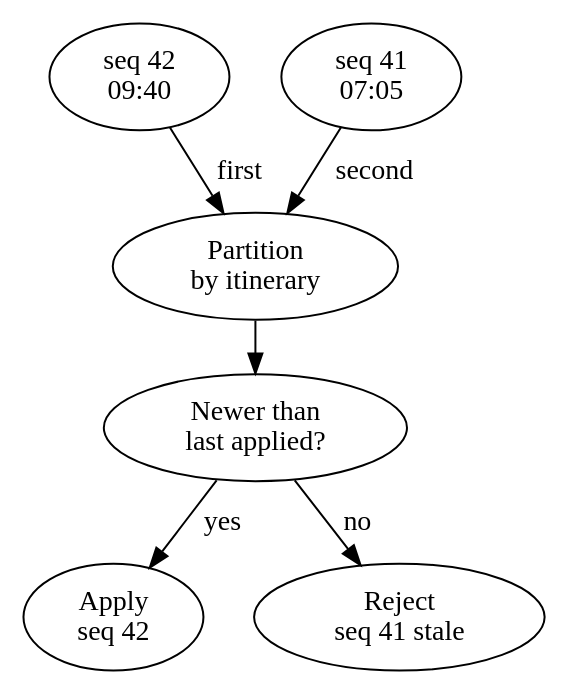
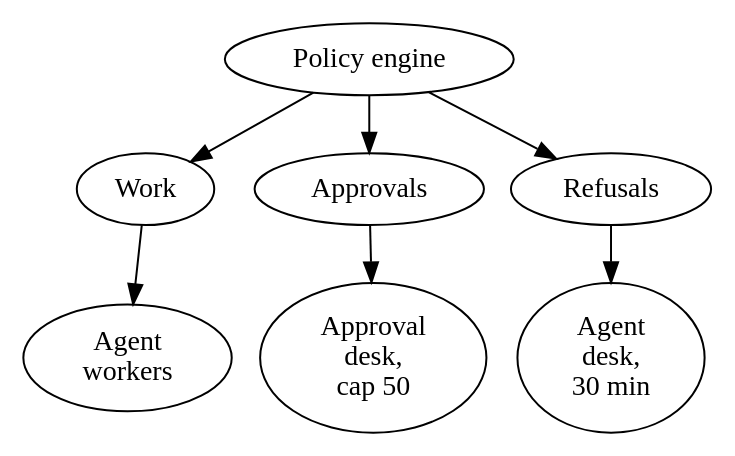
One commit to rajesh1008/system-design-book changed the diagram in figures/src/ch08/fig-08-3.dot. Above: the diagram before and after it, drawn with Graphviz. The commit also changed 67 other files, not shown here.

```diff
--- a/figures/src/ch08/fig-08-3.dot
+++ b/figures/src/ch08/fig-08-3.dot
@@ -1,21 +1,16 @@
-// Figure 8.3  Ordering per itinerary
-// Reading order: top to bottom. Two changes for one itinerary arrive
-// out of order; the partition keeps one consumer per itinerary; the
-// sequence check applies the newer change and rejects the older one.
-digraph order {
+// Figure 8.3  Three queues and their consumers
+// Reading order: top to bottom. The policy engine routes each
+// command; each queue has one kind of consumer and one promise.
+digraph queues {
 #include "book.gv"
-  rankdir=TB; nodesep=0.35; ranksep=0.35;
-  e42 [label="seq 42\n09:40", class="ops"];
-  e41 [label="seq 41\n07:05", class="ops"];
-  part [label="Partition\nby itinerary", class="ops"];
-  chk [label="Newer than\nlast applied?", class="ops gate"];
-  ok [label="Apply\nseq 42", class="verified"];
-  stale [label="Reject\nseq 41 stale", class="fail"];
-  e42 -> part [label=" first"];
-  e41 -> part [label=" second"];
-  part -> chk;
-  chk -> ok [label=" yes", class="verified"];
-  chk -> stale [label=" no", class="fail"];
-  { rank=same; e42; e41; }
-  { rank=same; ok; stale; }
+  rankdir=TB; nodesep=0.2; ranksep=0.4;
+  pol [label="Policy engine", class="policy gate"];
+  qw [label="Work", class="ops store"];
+  qa [label="Approvals", class="policy store"];
+  qr [label="Refusals", class="ops store"];
+  wk [label="Agent\nworkers", class="ops"];
+  desk [label="Approval\ndesk,\ncap 50", class="org human"];
+  ad [label="Agent\ndesk,\n30 min", class="org human"];
+  pol -> qw; pol -> qa [class="emphasis"]; pol -> qr;
+  qw -> wk; qa -> desk; qr -> ad;
 }
```
